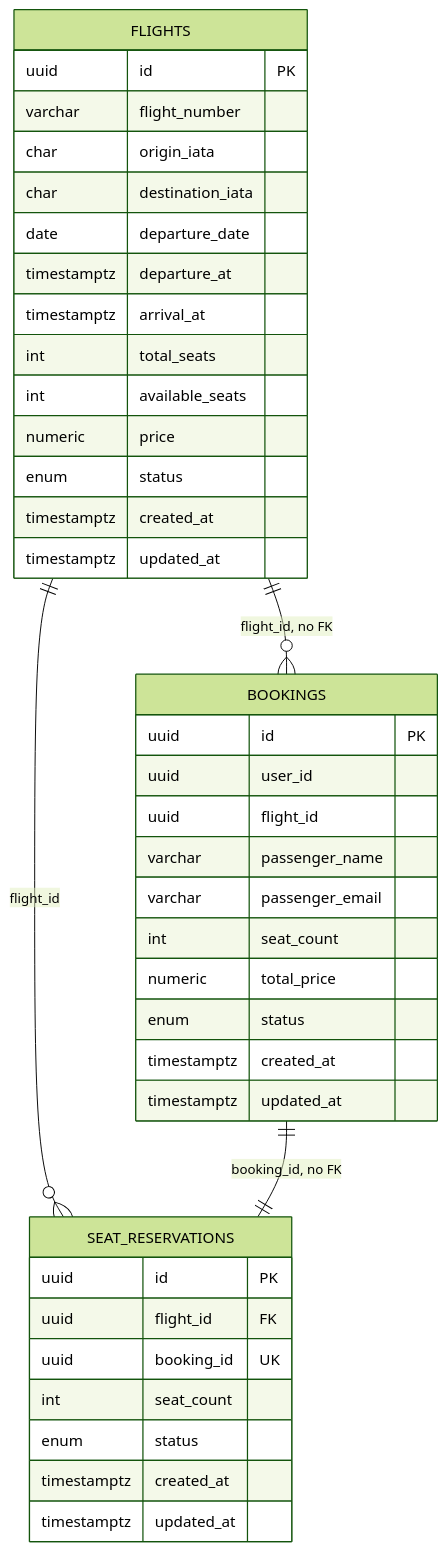
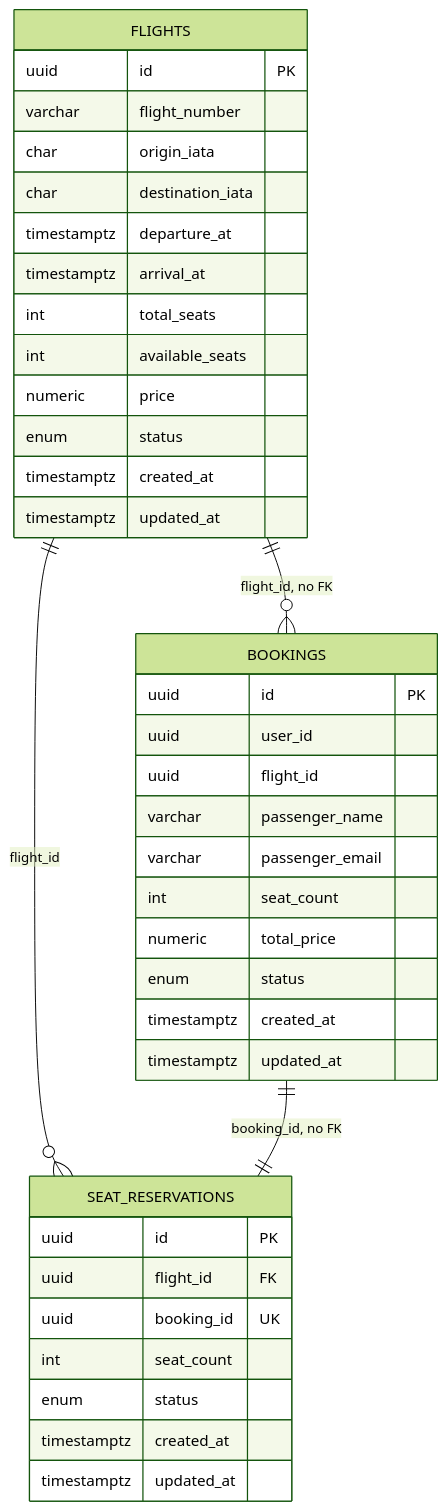
The diagram in docs/er.mmd (wqrxssq/soa_hm3), drawn with Mermaid (forest theme) before and after one commit. The commit also changed 13 other files, not shown here.

Commit message:
Описать коды ошибок в контракте Flight, убрать departure_date из схемы и ограничить каждую попытку вызова Flight таймаутом.

```diff
--- a/docs/er.mmd
+++ b/docs/er.mmd
@@ -1,44 +1,43 @@
 erDiagram
     direction TB
     FLIGHTS ||--o{ SEAT_RESERVATIONS : flight_id
     FLIGHTS ||--o{ BOOKINGS : "flight_id, no FK"
     BOOKINGS ||--|| SEAT_RESERVATIONS : "booking_id, no FK"
 
     FLIGHTS {
         uuid id PK
         varchar flight_number
         char origin_iata
         char destination_iata
-        date departure_date
         timestamptz departure_at
         timestamptz arrival_at
         int total_seats
         int available_seats
         numeric price
         enum status
         timestamptz created_at
         timestamptz updated_at
     }
 
     SEAT_RESERVATIONS {
         uuid id PK
         uuid flight_id FK
         uuid booking_id UK
         int seat_count
         enum status
         timestamptz created_at
         timestamptz updated_at
     }
 
     BOOKINGS {
         uuid id PK
         uuid user_id
         uuid flight_id
         varchar passenger_name
         varchar passenger_email
         int seat_count
         numeric total_price
         enum status
         timestamptz created_at
         timestamptz updated_at
     }
```
